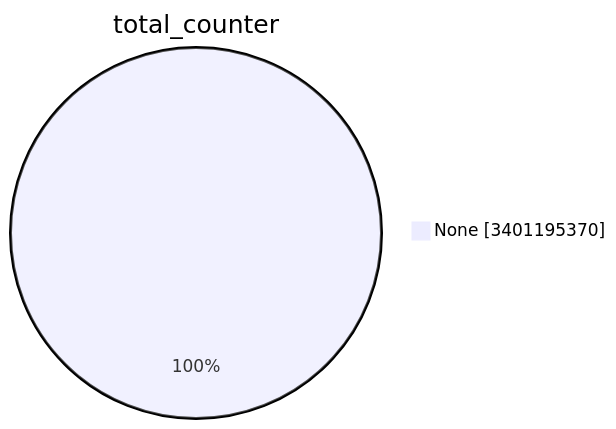
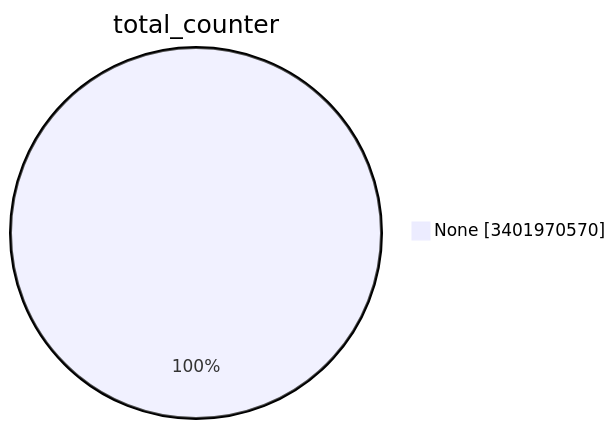
The first of 15 diagrams in TOTAL/README.md (christiankrug/ctmonitor_visualization), drawn with Mermaid before and after one commit. The commit also changed other lines of this file, not shown here.

````diff
--- a/TOTAL/README.md
+++ b/TOTAL/README.md
@@ -1,5 +1,5 @@
 ```mermaid
 pie showData
 title total_counter
-"None" :3401195370
+"None" :3401970570
 ```
````
